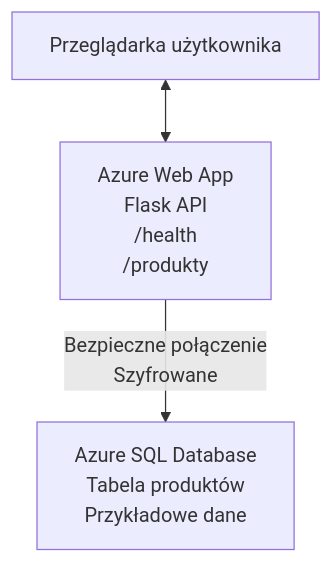
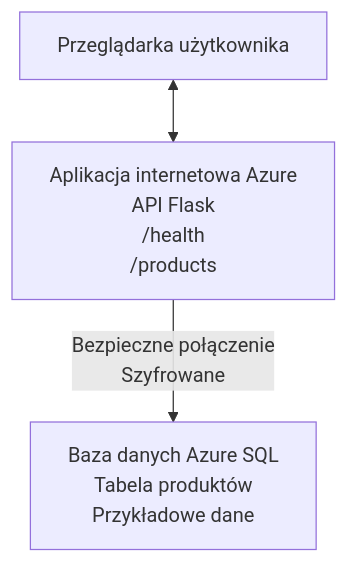
One commit to microsoft/AZD-for-beginners changed the diagram in translations/pl/examples/database-app/README.md. Above: the diagram before and after it, drawn with Mermaid. The commit also changed other lines of this file and 101 other files, not shown here.

````diff
--- a/translations/pl/examples/database-app/README.md
+++ b/translations/pl/examples/database-app/README.md
@@ -72,5 +72,5 @@
 ```mermaid
 graph TD
-    Browser[Przeglądarka użytkownika] <--> WebApp[Azure Web App<br/>Flask API<br/>/health<br/>/produkty]
-    WebApp -- Bezpieczne połączenie<br/>Szyfrowane --> SQL[Azure SQL Database<br/>Tabela produktów<br/>Przykładowe dane]
+    Browser[Przeglądarka użytkownika] <--> WebApp[Aplikacja internetowa Azure<br/>API Flask<br/>/health<br/>/products]
+    WebApp -- Bezpieczne połączenie<br/>Szyfrowane --> SQL[Baza danych Azure SQL<br/>Tabela produktów<br/>Przykładowe dane]
 ```
````
